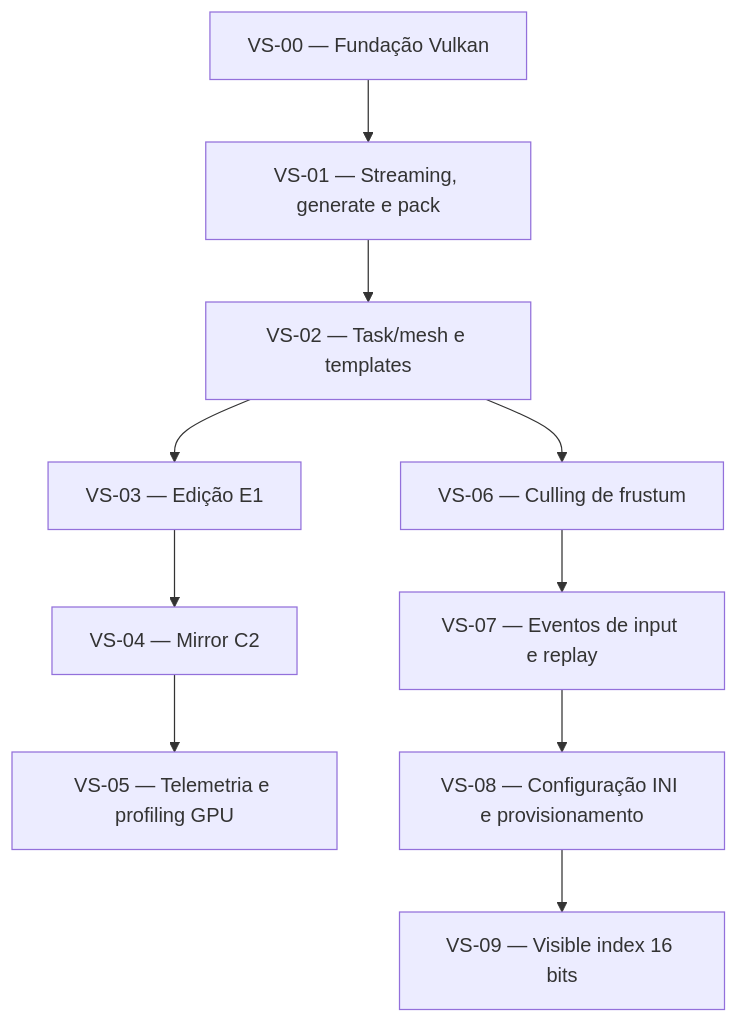
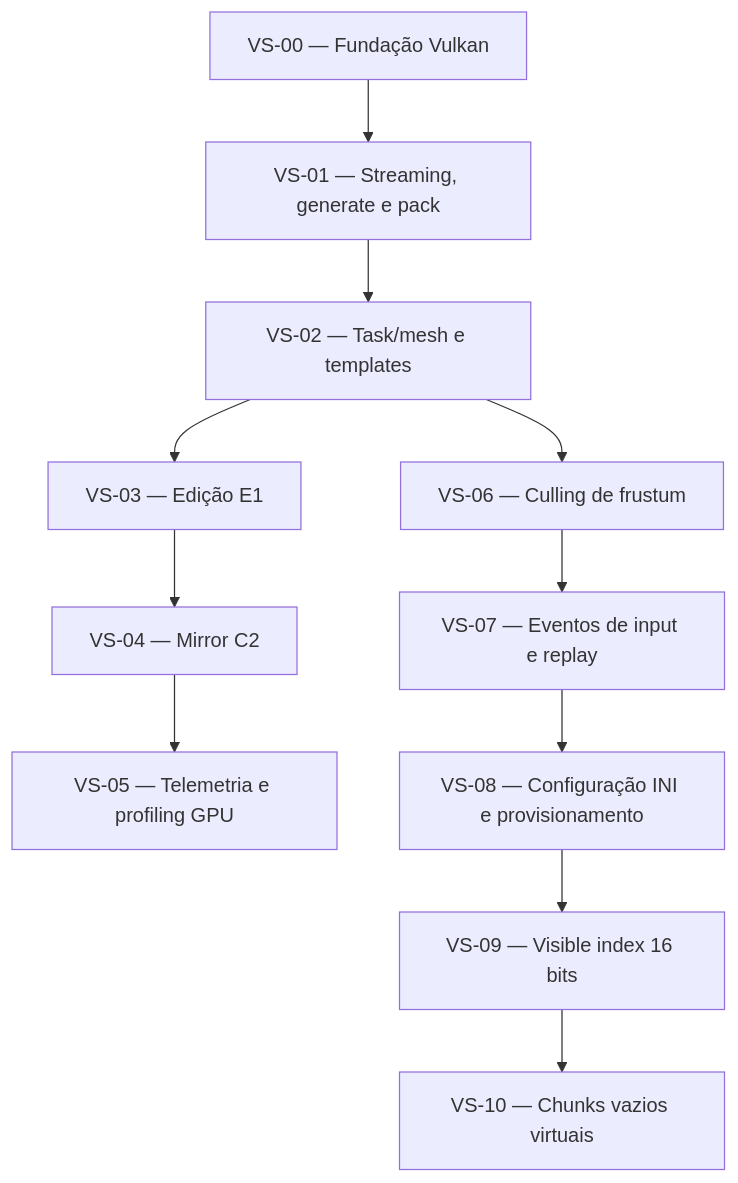
One commit to Ruannilton/vox changed the diagram in docs/obsidian/tracking/dependencias.md. Above: the diagram before and after it, drawn with Mermaid. The commit also changed other lines of this file and 18 other files, not shown here.

Commit message:
VS-10: chunks vazios virtuais

````diff
--- a/docs/obsidian/tracking/dependencias.md
+++ b/docs/obsidian/tracking/dependencias.md
@@ -7,23 +7,25 @@
 ```mermaid
 graph TD
     VS00[VS-00 — Fundação Vulkan]
     VS01[VS-01 — Streaming, generate e pack]
     VS02[VS-02 — Task/mesh e templates]
     VS03[VS-03 — Edição E1]
     VS04[VS-04 — Mirror C2]
     VS05[VS-05 — Telemetria e profiling GPU]
     VS06[VS-06 — Culling de frustum]
     VS07[VS-07 — Eventos de input e replay]
     VS08[VS-08 — Configuração INI e provisionamento]
     VS09[VS-09 — Visible index 16 bits]
+    VS10[VS-10 — Chunks vazios virtuais]
 
     VS00 --> VS01
     VS01 --> VS02
     VS02 --> VS03
     VS03 --> VS04
     VS04 --> VS05
     VS02 --> VS06
     VS06 --> VS07
     VS07 --> VS08
     VS08 --> VS09
+    VS09 --> VS10
 ```
````
